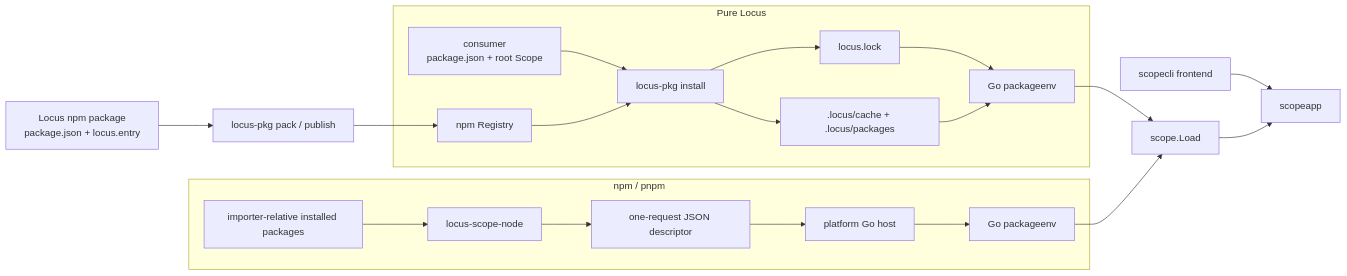
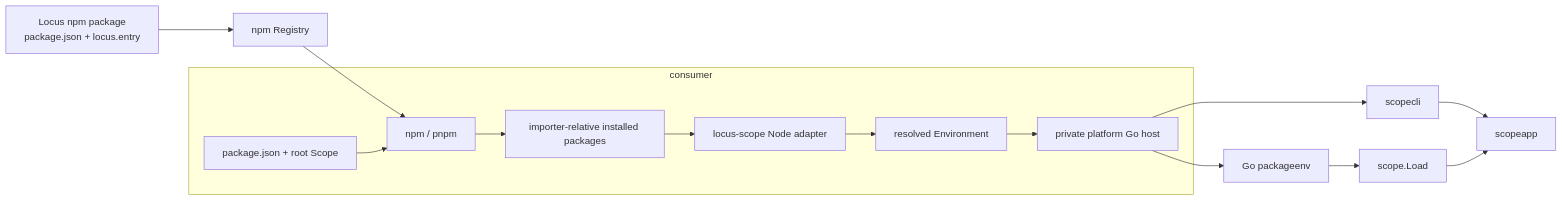
One commit to SWdrift/locus-scope changed the diagram in documents/design/Package设计.md. Above: the diagram before and after it, drawn with Mermaid. The commit also changed other lines of this file and 26 other files, not shown here.

````diff
--- a/documents/design/Package设计.md
+++ b/documents/design/Package设计.md
@@ -15,32 +15,24 @@
 ```mermaid
 flowchart LR
-    Source["Locus npm package<br/>package.json + locus.entry"] --> Pack["locus-pkg pack / publish"]
-    Pack --> Registry["npm Registry"]
+    Source["Locus npm package<br/>package.json + locus.entry"] --> Registry["npm Registry"]
+    Registry --> PM["npm / pnpm"]
 
-    subgraph Pure["Pure Locus"]
-        Root["consumer<br/>package.json + root Scope"]
-        Install["locus-pkg install"]
-        Lock["locus.lock"]
-        Store[".locus/cache + .locus/packages"]
-        Root --> Install
-        Registry --> Install
-        Install --> Lock
-        Install --> Store
-        Lock --> PureEnv["Go packageenv"]
-        Store --> PureEnv
+    subgraph Runtime["consumer"]
+        Root["package.json + root Scope"]
+        Modules["importer-relative installed packages"]
+        Adapter["locus-scope Node adapter"]
+        Environment["resolved Environment"]
+        Host["private platform Go host"]
+        Root --> PM
+        PM --> Modules
+        Modules --> Adapter
+        Adapter --> Environment
+        Environment --> Host
     end
 
-    subgraph Node["npm / pnpm"]
-        Modules["importer-relative installed packages"]
-        Adapter["locus-scope-node"]
-        Descriptor["one-request JSON descriptor"]
-        Host["platform Go host"]
-        Modules --> Adapter --> Descriptor --> Host
-        Host --> NodeEnv["Go packageenv"]
-    end
-
-    PureEnv --> Loader["scope.Load"]
-    NodeEnv --> Loader
-    CLI["scopecli frontend"] --> App["scopeapp"]
+    Host --> PackageEnv["Go packageenv"]
+    PackageEnv --> Loader["scope.Load"]
+    Host --> CLI["scopecli"]
+    CLI --> App["scopeapp"]
     Loader --> App
 ```
````
